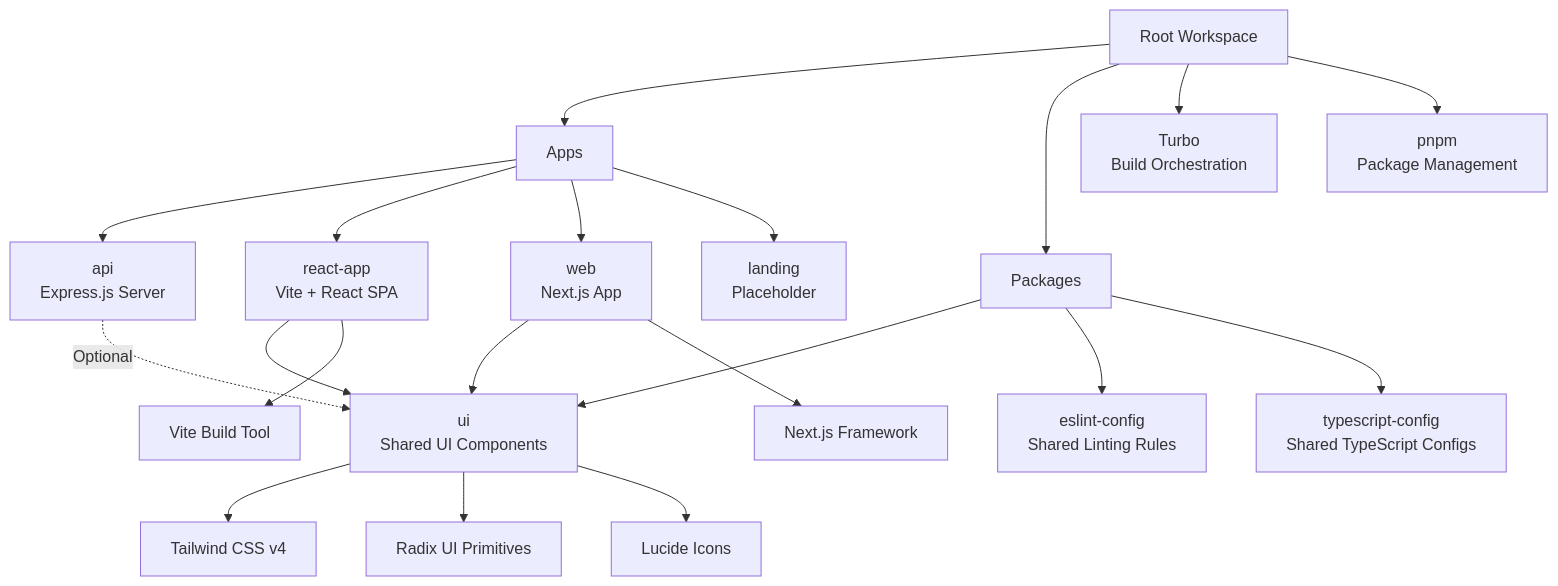
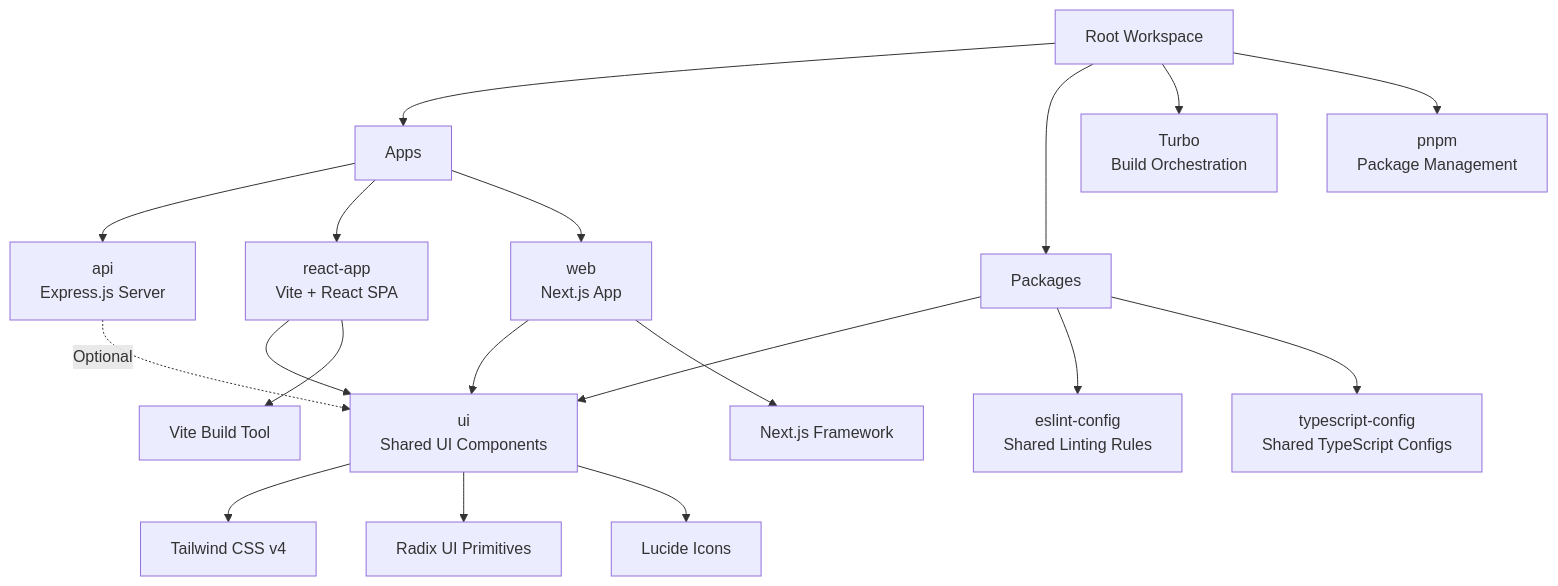
The diagram in ARCHITECTURE.md (ahamedzoha/shonchoy), drawn with Mermaid before and after one commit. The commit also changed 2 other files, not shown here.

````diff
--- a/ARCHITECTURE.md
+++ b/ARCHITECTURE.md
@@ -15,27 +15,26 @@
 ```mermaid
 graph TD
     A[Root Workspace] --> B[Apps]
     A --> C[Packages]
 
     B --> D[api<br/>Express.js Server]
     B --> E[react-app<br/>Vite + React SPA]
     B --> F[web<br/>Next.js App]
-    B --> G[landing<br/>Placeholder]
 
     C --> H[ui<br/>Shared UI Components]
     C --> I[eslint-config<br/>Shared Linting Rules]
     C --> J[typescript-config<br/>Shared TypeScript Configs]
 
     E --> H
     F --> H
     D -.->|Optional| H
     H --> K[Tailwind CSS v4]
     H --> L[Radix UI Primitives]
     H --> M[Lucide Icons]
 
     F --> N[Next.js Framework]
     E --> O[Vite Build Tool]
 
     A --> P[Turbo<br/>Build Orchestration]
     A --> Q[pnpm<br/>Package Management]
 ```
````
